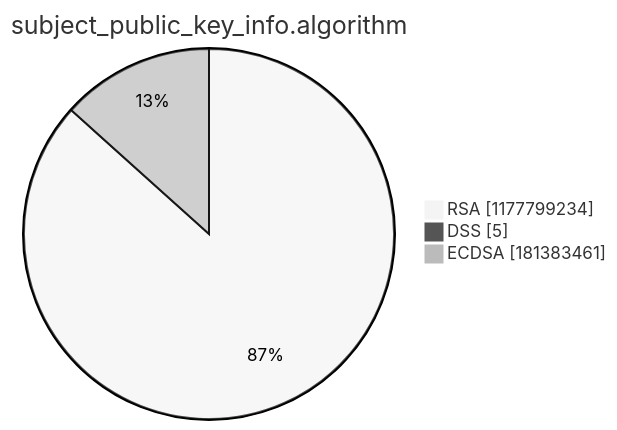
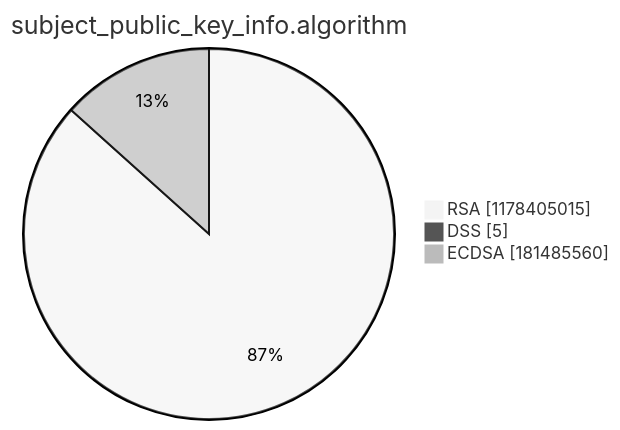
One commit to christiankrug/ctmonitor_visualization changed the third of 15 diagrams in argon2022/README.md. Above: the diagram before and after it, drawn with Mermaid (neutral theme). The commit also changed other lines of this file, not shown here.

````diff
--- a/argon2022/README.md
+++ b/argon2022/README.md
@@ -14,7 +14,7 @@
 ```mermaid
 pie showData
 title subject_public_key_info.algorithm
-"RSA" :1177799234
+"RSA" :1178405015
 "DSS" :5
-"ECDSA" :181383461
+"ECDSA" :181485560
 ```
````
